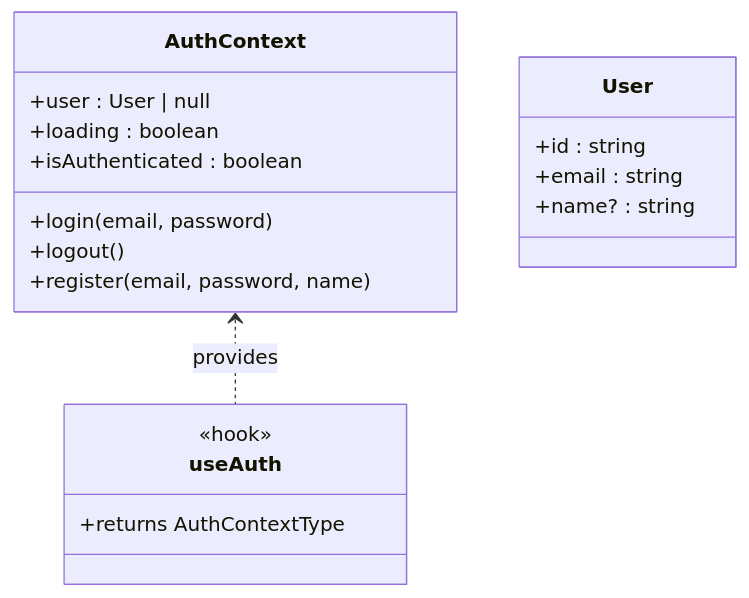
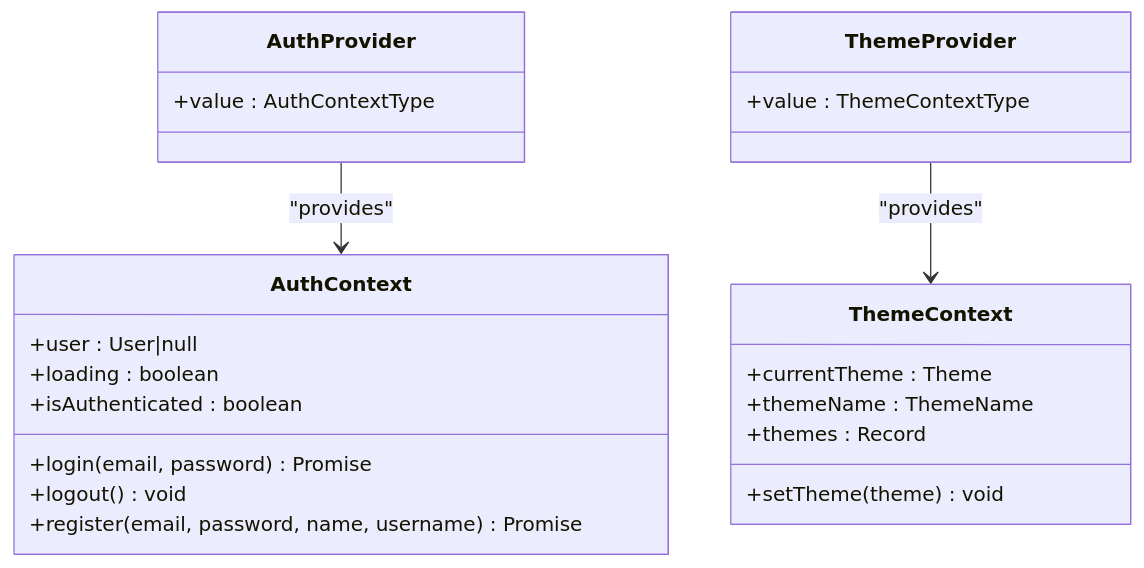
One commit to Brimstow/ThumPiks changed the third of 10 diagrams in .qoder/repowiki/en/content/Frontend Architecture/Frontend Architecture.md. Above: the diagram before and after it, drawn with Mermaid. The commit also changed other lines of this file and 900 other files, not shown here.

````diff
--- a/.qoder/repowiki/en/content/Frontend Architecture/Frontend Architecture.md
+++ b/.qoder/repowiki/en/content/Frontend Architecture/Frontend Architecture.md
@@ -109,21 +228,25 @@
 ```mermaid
 classDiagram
 class AuthContext {
-+user : User | null
++user : User|null
++login(email, password) Promise
++logout() void
++register(email, password, name, username) Promise
 +loading : boolean
 +isAuthenticated : boolean
-+login(email, password)
-+logout()
-+register(email, password, name)
 }
-class User {
-+id : string
-+email : string
-+name? : string
+class ThemeContext {
++currentTheme : Theme
++themeName : ThemeName
++setTheme(theme) void
++themes : Record
 }
-class useAuth {
-<<hook>>
-+returns AuthContextType
+class AuthProvider {
++value : AuthContextType
 }
-AuthContext <.. useAuth : provides
+class ThemeProvider {
++value : ThemeContextType
+}
+AuthProvider --> AuthContext : "provides"
+ThemeProvider --> ThemeContext : "provides"
 ```
````
